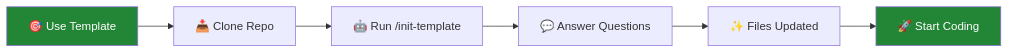
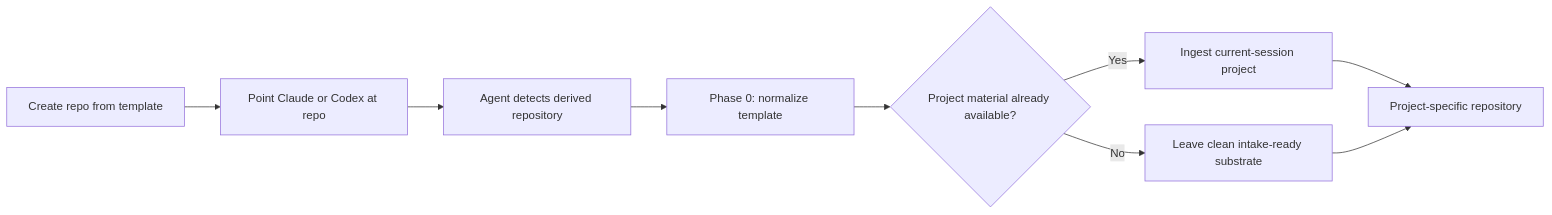
Before and after one commit to vbonk/repo-template: the diagram in README.md, drawn with Mermaid. The commit also changed other lines of this file and 14 other files, not shown here.

First line of the commit message:
feat: make Phase 0 the default first-agent workflow (#165)

````diff
--- a/README.md
+++ b/README.md
@@ -196,11 +17,11 @@
 ```mermaid
 flowchart LR
-    A[🎯 Use Template] --> B[📥 Clone Repo]
-    B --> C[🤖 Run /init-template]
-    C --> D[💬 Answer Questions]
-    D --> E[✨ Files Updated]
-    E --> F[🚀 Start Coding]
-
-    style A fill:#238636,color:#fff
-    style F fill:#238636,color:#fff
+    A[Create repo from template] --> B[Point Claude or Codex at repo]
+    B --> C[Agent detects derived repository]
+    C --> D[Phase 0: normalize template]
+    D --> E{Project material already available?}
+    E -->|Yes| F[Ingest current-session project]
+    E -->|No| G[Leave clean intake-ready substrate]
+    F --> H[Project-specific repository]
+    G --> H
 ```
````
